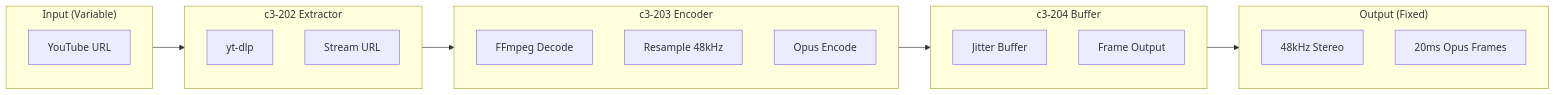
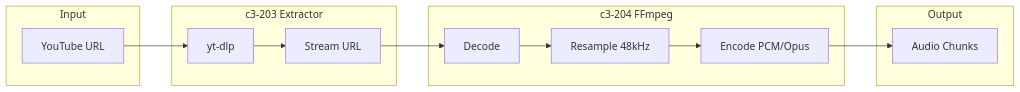
One commit to thewind121212/natashi changed the fifth of 6 diagrams in .c3/c3-2-go-audio/README.md. Above: the diagram before and after it, drawn with Mermaid. The commit also changed other lines of this file and 34 other files, not shown here.

````diff
--- a/.c3/c3-2-go-audio/README.md
+++ b/.c3/c3-2-go-audio/README.md
@@ -154,29 +120,23 @@
 ```mermaid
 flowchart LR
-    subgraph Input["Input (Variable)"]
-        I1[YouTube URL]
+    subgraph Input["Input"]
+        URL[YouTube URL]
     end
 
-    subgraph C202["c3-202 Extractor"]
-        E1[yt-dlp]
-        E2[Stream URL]
+    subgraph c3_203["c3-203 Extractor"]
+        YTDLP[yt-dlp]
+        STREAM[Stream URL]
     end
 
-    subgraph C203["c3-203 Encoder"]
-        D1[FFmpeg Decode]
-        D2[Resample 48kHz]
-        D3[Opus Encode]
+    subgraph c3_204["c3-204 FFmpeg"]
+        DECODE[Decode]
+        RESAMPLE[Resample 48kHz]
+        ENCODE[Encode PCM/Opus]
     end
 
-    subgraph C204["c3-204 Buffer"]
-        B1[Jitter Buffer]
-        B2[Frame Output]
+    subgraph Output["Output"]
+        CHUNKS[Audio Chunks]
     end
 
-    subgraph Output["Output (Fixed)"]
-        O1[48kHz Stereo]
-        O2[20ms Opus Frames]
-    end
-
-    Input --> C202 --> C203 --> C204 --> Output
+    URL --> YTDLP --> STREAM --> DECODE --> RESAMPLE --> ENCODE --> CHUNKS
 ```
````
